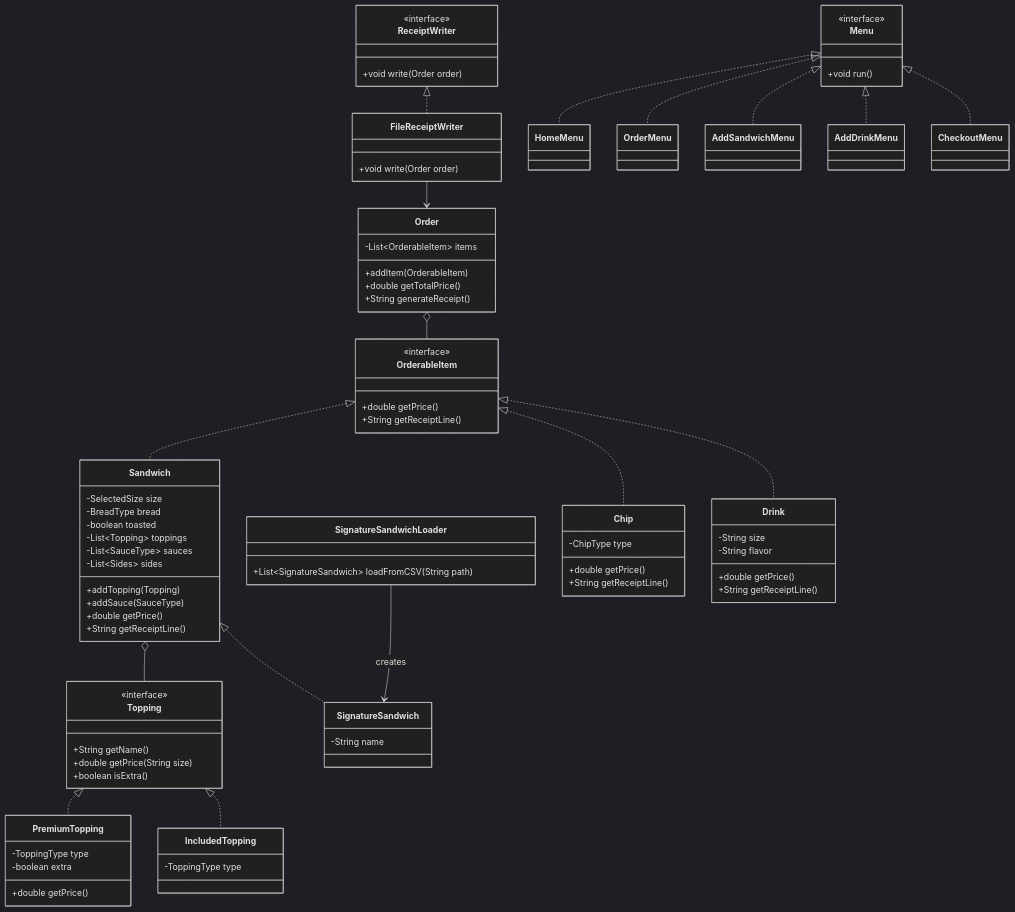
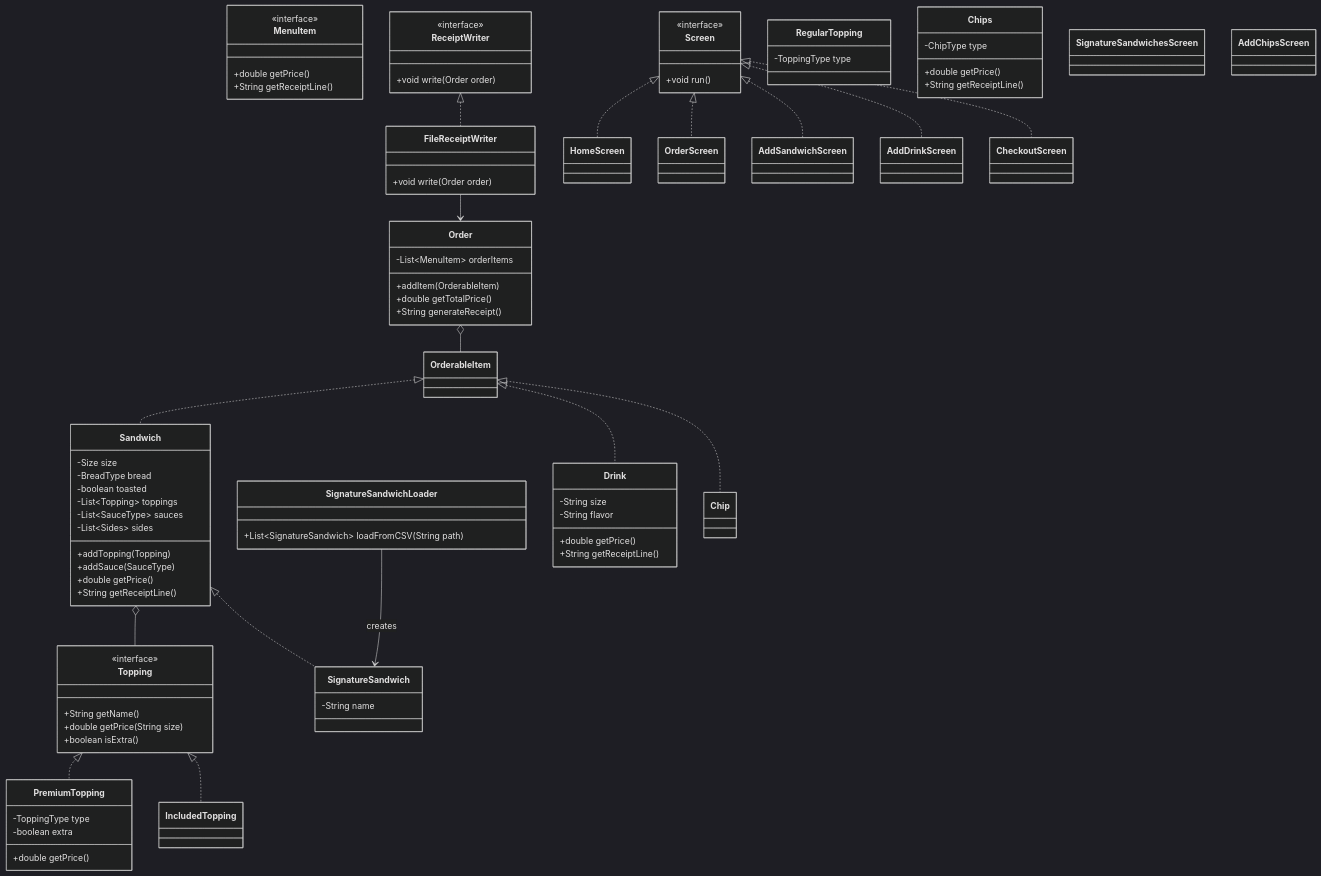
The diagram in README.md (annaharbour/deli-cious), drawn with Mermaid (dark theme) before and after one commit.

Commit message:
screen state flow

```diff
--- a/README.md
+++ b/README.md
@@ -10,13 +10,13 @@
         +boolean isExtra()
     }
 
-    class OrderableItem {
+    class MenuItem {
         <<interface>>
         +double getPrice()
         +String getReceiptLine()
     }
 
-    class Menu {
+    class Screen {
         <<interface>>
         +void run()
     }
@@ -28,7 +28,7 @@
 
     %% Concrete Classes
     class Sandwich {
-        -SelectedSize size
+        -Size size
         -BreadType bread
         -boolean toasted
         -List~Topping~ toppings
@@ -54,11 +54,11 @@
         +double getPrice()
     }
 
-    class IncludedTopping {
+    class RegularTopping {
         -ToppingType type
     }
 
-    class Chip {
+    class Chips {
         -ChipType type
         +double getPrice()
         +String getReceiptLine()
@@ -72,7 +72,7 @@
     }
 
     class Order {
-        -List~OrderableItem~ items
+        -List~MenuItem~ orderItems
         +addItem(OrderableItem)
         +double getTotalPrice()
         +String generateReceipt()
@@ -82,12 +82,14 @@
         +void write(Order order)
     }
 
-    %% Menu Classes
-    class HomeMenu
-    class OrderMenu
-    class AddSandwichMenu
-    class AddDrinkMenu
-    class CheckoutMenu
+    %% Screen Classes
+    class HomeScreen
+    class OrderScreen
+    class AddSandwichScreen
+    class SignatureSandwichesScreen
+    class AddChipsScreen
+    class AddDrinkScreen
+    class CheckoutScreen
 
     %% Relationships
     Topping <|.. PremiumTopping
@@ -102,11 +104,11 @@
     Sandwich o-- Topping
     Order o-- OrderableItem
 
-    Menu <|.. HomeMenu
-    Menu <|.. OrderMenu
-    Menu <|.. AddSandwichMenu
-    Menu <|.. AddDrinkMenu
-    Menu <|.. CheckoutMenu
+    Screen <|.. HomeScreen
+    Screen <|.. OrderScreen
+    Screen <|.. AddSandwichScreen
+    Screen <|.. AddDrinkScreen
+    Screen <|.. CheckoutScreen
 
     ReceiptWriter <|.. FileReceiptWriter
     FileReceiptWriter --> Order
```
